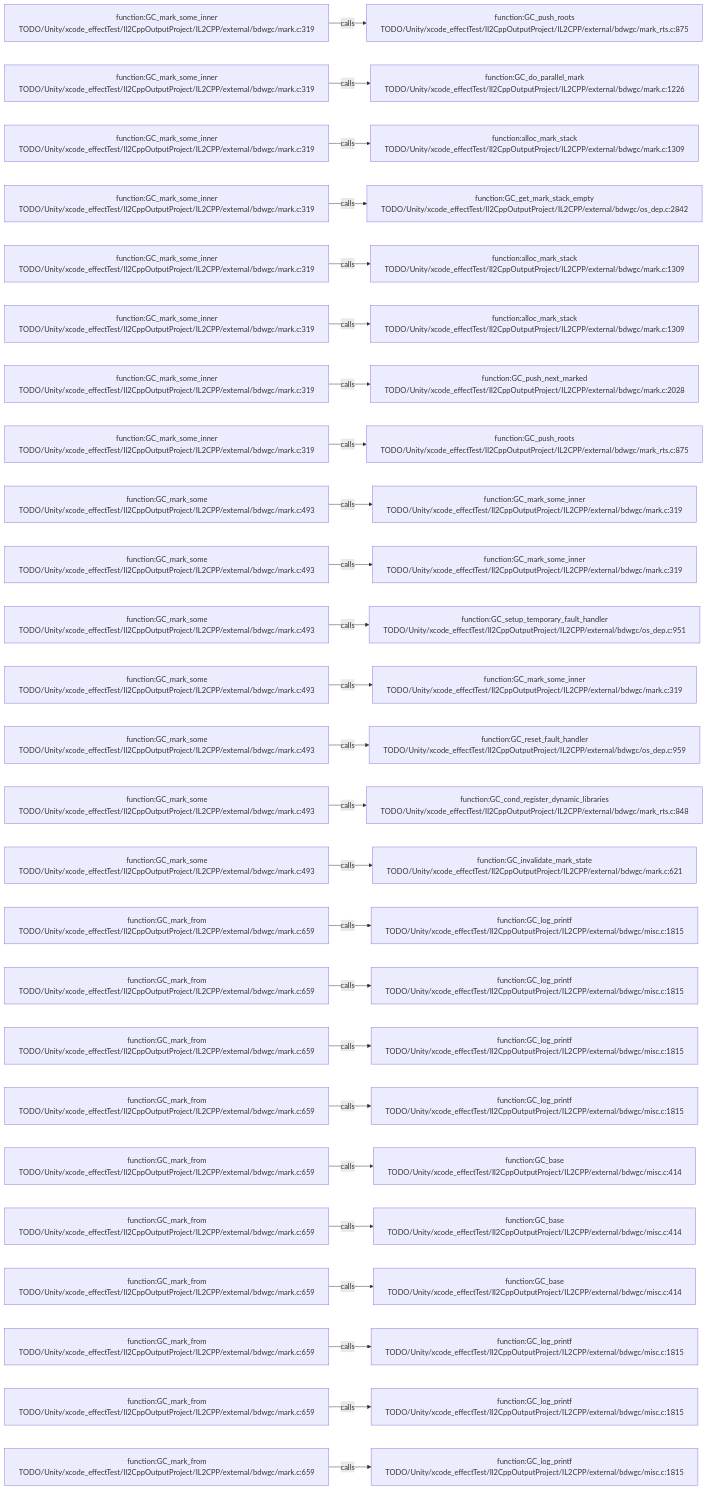
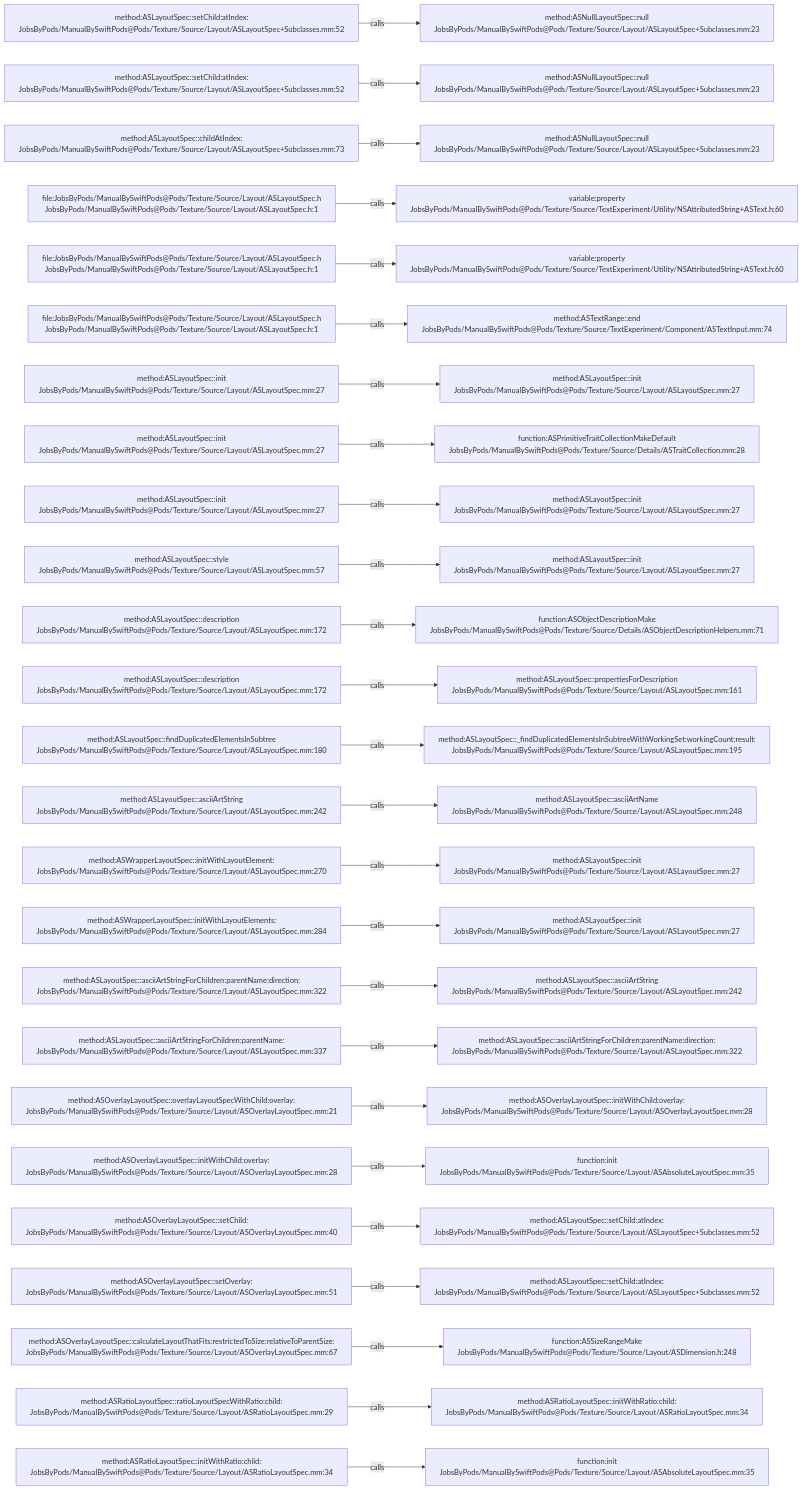
Before and after one commit to JobsKits/JobsSwiftBaseConfigDemo: the diagram in .codegraph/codegraph.md/graphs/calls-130.md, drawn with Mermaid. The commit also changed 2959 other files, not shown here.

````diff
--- a/.codegraph/codegraph.md/graphs/calls-130.md
+++ b/.codegraph/codegraph.md/graphs/calls-130.md
@@ -13,78 +13,78 @@
 ```mermaid
 flowchart LR
-  S1["function:GC_mark_some_inner<br/>TODO/Unity/xcode_effectTest/Il2CppOutputProject/IL2CPP/external/bdwgc/mark.c:319"]
-  T1["function:GC_push_roots<br/>TODO/Unity/xcode_effectTest/Il2CppOutputProject/IL2CPP/external/bdwgc/mark_rts.c:875"]
+  S1["method:ASLayoutSpec::setChild:atIndex:<br/>JobsByPods/ManualBySwiftPods@Pods/Texture/Source/Layout/ASLayoutSpec+Subclasses.mm:52"]
+  T1["method:ASNullLayoutSpec::null<br/>JobsByPods/ManualBySwiftPods@Pods/Texture/Source/Layout/ASLayoutSpec+Subclasses.mm:23"]
   S1 -->|calls| T1
-  S2["function:GC_mark_some_inner<br/>TODO/Unity/xcode_effectTest/Il2CppOutputProject/IL2CPP/external/bdwgc/mark.c:319"]
-  T2["function:GC_do_parallel_mark<br/>TODO/Unity/xcode_effectTest/Il2CppOutputProject/IL2CPP/external/bdwgc/mark.c:1226"]
+  S2["method:ASLayoutSpec::setChild:atIndex:<br/>JobsByPods/ManualBySwiftPods@Pods/Texture/Source/Layout/ASLayoutSpec+Subclasses.mm:52"]
+  T2["method:ASNullLayoutSpec::null<br/>JobsByPods/ManualBySwiftPods@Pods/Texture/Source/Layout/ASLayoutSpec+Subclasses.mm:23"]
   S2 -->|calls| T2
-  S3["function:GC_mark_some_inner<br/>TODO/Unity/xcode_effectTest/Il2CppOutputProject/IL2CPP/external/bdwgc/mark.c:319"]
-  T3["function:alloc_mark_stack<br/>TODO/Unity/xcode_effectTest/Il2CppOutputProject/IL2CPP/external/bdwgc/mark.c:1309"]
+  S3["method:ASLayoutSpec::childAtIndex:<br/>JobsByPods/ManualBySwiftPods@Pods/Texture/Source/Layout/ASLayoutSpec+Subclasses.mm:73"]
+  T3["method:ASNullLayoutSpec::null<br/>JobsByPods/ManualBySwiftPods@Pods/Texture/Source/Layout/ASLayoutSpec+Subclasses.mm:23"]
   S3 -->|calls| T3
-  S4["function:GC_mark_some_inner<br/>TODO/Unity/xcode_effectTest/Il2CppOutputProject/IL2CPP/external/bdwgc/mark.c:319"]
-  T4["function:GC_get_mark_stack_empty<br/>TODO/Unity/xcode_effectTest/Il2CppOutputProject/IL2CPP/external/bdwgc/os_dep.c:2842"]
+  S4["file:JobsByPods/ManualBySwiftPods@Pods/Texture/Source/Layout/ASLayoutSpec.h<br/>JobsByPods/ManualBySwiftPods@Pods/Texture/Source/Layout/ASLayoutSpec.h:1"]
+  T4["variable:property<br/>JobsByPods/ManualBySwiftPods@Pods/Texture/Source/TextExperiment/Utility/NSAttributedString+ASText.h:60"]
   S4 -->|calls| T4
-  S5["function:GC_mark_some_inner<br/>TODO/Unity/xcode_effectTest/Il2CppOutputProject/IL2CPP/external/bdwgc/mark.c:319"]
-  T5["function:alloc_mark_stack<br/>TODO/Unity/xcode_effectTest/Il2CppOutputProject/IL2CPP/external/bdwgc/mark.c:1309"]
+  S5["file:JobsByPods/ManualBySwiftPods@Pods/Texture/Source/Layout/ASLayoutSpec.h<br/>JobsByPods/ManualBySwiftPods@Pods/Texture/Source/Layout/ASLayoutSpec.h:1"]
+  T5["variable:property<br/>JobsByPods/ManualBySwiftPods@Pods/Texture/Source/TextExperiment/Utility/NSAttributedString+ASText.h:60"]
   S5 -->|calls| T5
-  S6["function:GC_mark_some_inner<br/>TODO/Unity/xcode_effectTest/Il2CppOutputProject/IL2CPP/external/bdwgc/mark.c:319"]
-  T6["function:alloc_mark_stack<br/>TODO/Unity/xcode_effectTest/Il2CppOutputProject/IL2CPP/external/bdwgc/mark.c:1309"]
+  S6["file:JobsByPods/ManualBySwiftPods@Pods/Texture/Source/Layout/ASLayoutSpec.h<br/>JobsByPods/ManualBySwiftPods@Pods/Texture/Source/Layout/ASLayoutSpec.h:1"]
+  T6["method:ASTextRange::end<br/>JobsByPods/ManualBySwiftPods@Pods/Texture/Source/TextExperiment/Component/ASTextInput.mm:74"]
   S6 -->|calls| T6
-  S7["function:GC_mark_some_inner<br/>TODO/Unity/xcode_effectTest/Il2CppOutputProject/IL2CPP/external/bdwgc/mark.c:319"]
-  T7["function:GC_push_next_marked<br/>TODO/Unity/xcode_effectTest/Il2CppOutputProject/IL2CPP/external/bdwgc/mark.c:2028"]
+  S7["method:ASLayoutSpec::init<br/>JobsByPods/ManualBySwiftPods@Pods/Texture/Source/Layout/ASLayoutSpec.mm:27"]
+  T7["method:ASLayoutSpec::init<br/>JobsByPods/ManualBySwiftPods@Pods/Texture/Source/Layout/ASLayoutSpec.mm:27"]
   S7 -->|calls| T7
-  S8["function:GC_mark_some_inner<br/>TODO/Unity/xcode_effectTest/Il2CppOutputProject/IL2CPP/external/bdwgc/mark.c:319"]
-  T8["function:GC_push_roots<br/>TODO/Unity/xcode_effectTest/Il2CppOutputProject/IL2CPP/external/bdwgc/mark_rts.c:875"]
+  S8["method:ASLayoutSpec::init<br/>JobsByPods/ManualBySwiftPods@Pods/Texture/Source/Layout/ASLayoutSpec.mm:27"]
+  T8["function:ASPrimitiveTraitCollectionMakeDefault<br/>JobsByPods/ManualBySwiftPods@Pods/Texture/Source/Details/ASTraitCollection.mm:28"]
   S8 -->|calls| T8
-  S9["function:GC_mark_some<br/>TODO/Unity/xcode_effectTest/Il2CppOutputProject/IL2CPP/external/bdwgc/mark.c:493"]
-  T9["function:GC_mark_some_inner<br/>TODO/Unity/xcode_effectTest/Il2CppOutputProject/IL2CPP/external/bdwgc/mark.c:319"]
+  S9["method:ASLayoutSpec::init<br/>JobsByPods/ManualBySwiftPods@Pods/Texture/Source/Layout/ASLayoutSpec.mm:27"]
+  T9["method:ASLayoutSpec::init<br/>JobsByPods/ManualBySwiftPods@Pods/Texture/Source/Layout/ASLayoutSpec.mm:27"]
   S9 -->|calls| T9
-  S10["function:GC_mark_some<br/>TODO/Unity/xcode_effectTest/Il2CppOutputProject/IL2CPP/external/bdwgc/mark.c:493"]
-  T10["function:GC_mark_some_inner<br/>TODO/Unity/xcode_effectTest/Il2CppOutputProject/IL2CPP/external/bdwgc/mark.c:319"]
+  S10["method:ASLayoutSpec::style<br/>JobsByPods/ManualBySwiftPods@Pods/Texture/Source/Layout/ASLayoutSpec.mm:57"]
+  T10["method:ASLayoutSpec::init<br/>JobsByPods/ManualBySwiftPods@Pods/Texture/Source/Layout/ASLayoutSpec.mm:27"]
   S10 -->|calls| T10
-  S11["function:GC_mark_some<br/>TODO/Unity/xcode_effectTest/Il2CppOutputProject/IL2CPP/external/bdwgc/mark.c:493"]
-  T11["function:GC_setup_temporary_fault_handler<br/>TODO/Unity/xcode_effectTest/Il2CppOutputProject/IL2CPP/external/bdwgc/os_dep.c:951"]
+  S11["method:ASLayoutSpec::description<br/>JobsByPods/ManualBySwiftPods@Pods/Texture/Source/Layout/ASLayoutSpec.mm:172"]
+  T11["function:ASObjectDescriptionMake<br/>JobsByPods/ManualBySwiftPods@Pods/Texture/Source/Details/ASObjectDescriptionHelpers.mm:71"]
   S11 -->|calls| T11
-  S12["function:GC_mark_some<br/>TODO/Unity/xcode_effectTest/Il2CppOutputProject/IL2CPP/external/bdwgc/mark.c:493"]
-  T12["function:GC_mark_some_inner<br/>TODO/Unity/xcode_effectTest/Il2CppOutputProject/IL2CPP/external/bdwgc/mark.c:319"]
+  S12["method:ASLayoutSpec::description<br/>JobsByPods/ManualBySwiftPods@Pods/Texture/Source/Layout/ASLayoutSpec.mm:172"]
+  T12["method:ASLayoutSpec::propertiesForDescription<br/>JobsByPods/ManualBySwiftPods@Pods/Texture/Source/Layout/ASLayoutSpec.mm:161"]
   S12 -->|calls| T12
-  S13["function:GC_mark_some<br/>TODO/Unity/xcode_effectTest/Il2CppOutputProject/IL2CPP/external/bdwgc/mark.c:493"]
-  T13["function:GC_reset_fault_handler<br/>TODO/Unity/xcode_effectTest/Il2CppOutputProject/IL2CPP/external/bdwgc/os_dep.c:959"]
+  S13["method:ASLayoutSpec::findDuplicatedElementsInSubtree<br/>JobsByPods/ManualBySwiftPods@Pods/Texture/Source/Layout/ASLayoutSpec.mm:180"]
+  T13["method:ASLayoutSpec::_findDuplicatedElementsInSubtreeWithWorkingSet:workingCount:result:<br/>JobsByPods/ManualBySwiftPods@Pods/Texture/Source/Layout/ASLayoutSpec.mm:195"]
   S13 -->|calls| T13
-  S14["function:GC_mark_some<br/>TODO/Unity/xcode_effectTest/Il2CppOutputProject/IL2CPP/external/bdwgc/mark.c:493"]
-  T14["function:GC_cond_register_dynamic_libraries<br/>TODO/Unity/xcode_effectTest/Il2CppOutputProject/IL2CPP/external/bdwgc/mark_rts.c:848"]
+  S14["method:ASLayoutSpec::asciiArtString<br/>JobsByPods/ManualBySwiftPods@Pods/Texture/Source/Layout/ASLayoutSpec.mm:242"]
+  T14["method:ASLayoutSpec::asciiArtName<br/>JobsByPods/ManualBySwiftPods@Pods/Texture/Source/Layout/ASLayoutSpec.mm:248"]
   S14 -->|calls| T14
-  S15["function:GC_mark_some<br/>TODO/Unity/xcode_effectTest/Il2CppOutputProject/IL2CPP/external/bdwgc/mark.c:493"]
-  T15["function:GC_invalidate_mark_state<br/>TODO/Unity/xcode_effectTest/Il2CppOutputProject/IL2CPP/external/bdwgc/mark.c:621"]
+  S15["method:ASWrapperLayoutSpec::initWithLayoutElement:<br/>JobsByPods/ManualBySwiftPods@Pods/Texture/Source/Layout/ASLayoutSpec.mm:270"]
+  T15["method:ASLayoutSpec::init<br/>JobsByPods/ManualBySwiftPods@Pods/Texture/Source/Layout/ASLayoutSpec.mm:27"]
   S15 -->|calls| T15
-  S16["function:GC_mark_from<br/>TODO/Unity/xcode_effectTest/Il2CppOutputProject/IL2CPP/external/bdwgc/mark.c:659"]
-  T16["function:GC_log_printf<br/>TODO/Unity/xcode_effectTest/Il2CppOutputProject/IL2CPP/external/bdwgc/misc.c:1815"]
+  S16["method:ASWrapperLayoutSpec::initWithLayoutElements:<br/>JobsByPods/ManualBySwiftPods@Pods/Texture/Source/Layout/ASLayoutSpec.mm:284"]
+  T16["method:ASLayoutSpec::init<br/>JobsByPods/ManualBySwiftPods@Pods/Texture/Source/Layout/ASLayoutSpec.mm:27"]
   S16 -->|calls| T16
-  S17["function:GC_mark_from<br/>TODO/Unity/xcode_effectTest/Il2CppOutputProject/IL2CPP/external/bdwgc/mark.c:659"]
-  T17["function:GC_log_printf<br/>TODO/Unity/xcode_effectTest/Il2CppOutputProject/IL2CPP/external/bdwgc/misc.c:1815"]
+  S17["method:ASLayoutSpec::asciiArtStringForChildren:parentName:direction:<br/>JobsByPods/ManualBySwiftPods@Pods/Texture/Source/Layout/ASLayoutSpec.mm:322"]
+  T17["method:ASLayoutSpec::asciiArtString<br/>JobsByPods/ManualBySwiftPods@Pods/Texture/Source/Layout/ASLayoutSpec.mm:242"]
   S17 -->|calls| T17
-  S18["function:GC_mark_from<br/>TODO/Unity/xcode_effectTest/Il2CppOutputProject/IL2CPP/external/bdwgc/mark.c:659"]
-  T18["function:GC_log_printf<br/>TODO/Unity/xcode_effectTest/Il2CppOutputProject/IL2CPP/external/bdwgc/misc.c:1815"]
+  S18["method:ASLayoutSpec::asciiArtStringForChildren:parentName:<br/>JobsByPods/ManualBySwiftPods@Pods/Texture/Source/Layout/ASLayoutSpec.mm:337"]
+  T18["method:ASLayoutSpec::asciiArtStringForChildren:parentName:direction:<br/>JobsByPods/ManualBySwiftPods@Pods/Texture/Source/Layout/ASLayoutSpec.mm:322"]
   S18 -->|calls| T18
-  S19["function:GC_mark_from<br/>TODO/Unity/xcode_effectTest/Il2CppOutputProject/IL2CPP/external/bdwgc/mark.c:659"]
-  T19["function:GC_log_printf<br/>TODO/Unity/xcode_effectTest/Il2CppOutputProject/IL2CPP/external/bdwgc/misc.c:1815"]
+  S19["method:ASOverlayLayoutSpec::overlayLayoutSpecWithChild:overlay:<br/>JobsByPods/ManualBySwiftPods@Pods/Texture/Source/Layout/ASOverlayLayoutSpec.mm:21"]
+  T19["method:ASOverlayLayoutSpec::initWithChild:overlay:<br/>JobsByPods/ManualBySwiftPods@Pods/Texture/Source/Layout/ASOverlayLayoutSpec.mm:28"]
   S19 -->|calls| T19
-  S20["function:GC_mark_from<br/>TODO/Unity/xcode_effectTest/Il2CppOutputProject/IL2CPP/external/bdwgc/mark.c:659"]
-  T20["function:GC_base<br/>TODO/Unity/xcode_effectTest/Il2CppOutputProject/IL2CPP/external/bdwgc/misc.c:414"]
+  S20["method:ASOverlayLayoutSpec::initWithChild:overlay:<br/>JobsByPods/ManualBySwiftPods@Pods/Texture/Source/Layout/ASOverlayLayoutSpec.mm:28"]
+  T20["function:init<br/>JobsByPods/ManualBySwiftPods@Pods/Texture/Source/Layout/ASAbsoluteLayoutSpec.mm:35"]
   S20 -->|calls| T20
-  S21["function:GC_mark_from<br/>TODO/Unity/xcode_effectTest/Il2CppOutputProject/IL2CPP/external/bdwgc/mark.c:659"]
-  T21["function:GC_base<br/>TODO/Unity/xcode_effectTest/Il2CppOutputProject/IL2CPP/external/bdwgc/misc.c:414"]
+  S21["method:ASOverlayLayoutSpec::setChild:<br/>JobsByPods/ManualBySwiftPods@Pods/Texture/Source/Layout/ASOverlayLayoutSpec.mm:40"]
+  T21["method:ASLayoutSpec::setChild:atIndex:<br/>JobsByPods/ManualBySwiftPods@Pods/Texture/Source/Layout/ASLayoutSpec+Subclasses.mm:52"]
   S21 -->|calls| T21
-  S22["function:GC_mark_from<br/>TODO/Unity/xcode_effectTest/Il2CppOutputProject/IL2CPP/external/bdwgc/mark.c:659"]
-  T22["function:GC_base<br/>TODO/Unity/xcode_effectTest/Il2CppOutputProject/IL2CPP/external/bdwgc/misc.c:414"]
+  S22["method:ASOverlayLayoutSpec::setOverlay:<br/>JobsByPods/ManualBySwiftPods@Pods/Texture/Source/Layout/ASOverlayLayoutSpec.mm:51"]
+  T22["method:ASLayoutSpec::setChild:atIndex:<br/>JobsByPods/ManualBySwiftPods@Pods/Texture/Source/Layout/ASLayoutSpec+Subclasses.mm:52"]
   S22 -->|calls| T22
-  S23["function:GC_mark_from<br/>TODO/Unity/xcode_effectTest/Il2CppOutputProject/IL2CPP/external/bdwgc/mark.c:659"]
-  T23["function:GC_log_printf<br/>TODO/Unity/xcode_effectTest/Il2CppOutputProject/IL2CPP/external/bdwgc/misc.c:1815"]
+  S23["method:ASOverlayLayoutSpec::calculateLayoutThatFits:restrictedToSize:relativeToParentSize:<br/>JobsByPods/ManualBySwiftPods@Pods/Texture/Source/Layout/ASOverlayLayoutSpec.mm:67"]
+  T23["function:ASSizeRangeMake<br/>JobsByPods/ManualBySwiftPods@Pods/Texture/Source/Layout/ASDimension.h:248"]
   S23 -->|calls| T23
-  S24["function:GC_mark_from<br/>TODO/Unity/xcode_effectTest/Il2CppOutputProject/IL2CPP/external/bdwgc/mark.c:659"]
-  T24["function:GC_log_printf<br/>TODO/Unity/xcode_effectTest/Il2CppOutputProject/IL2CPP/external/bdwgc/misc.c:1815"]
+  S24["method:ASRatioLayoutSpec::ratioLayoutSpecWithRatio:child:<br/>JobsByPods/ManualBySwiftPods@Pods/Texture/Source/Layout/ASRatioLayoutSpec.mm:29"]
+  T24["method:ASRatioLayoutSpec::initWithRatio:child:<br/>JobsByPods/ManualBySwiftPods@Pods/Texture/Source/Layout/ASRatioLayoutSpec.mm:34"]
   S24 -->|calls| T24
-  S25["function:GC_mark_from<br/>TODO/Unity/xcode_effectTest/Il2CppOutputProject/IL2CPP/external/bdwgc/mark.c:659"]
-  T25["function:GC_log_printf<br/>TODO/Unity/xcode_effectTest/Il2CppOutputProject/IL2CPP/external/bdwgc/misc.c:1815"]
+  S25["method:ASRatioLayoutSpec::initWithRatio:child:<br/>JobsByPods/ManualBySwiftPods@Pods/Texture/Source/Layout/ASRatioLayoutSpec.mm:34"]
+  T25["function:init<br/>JobsByPods/ManualBySwiftPods@Pods/Texture/Source/Layout/ASAbsoluteLayoutSpec.mm:35"]
   S25 -->|calls| T25
 ```
````
